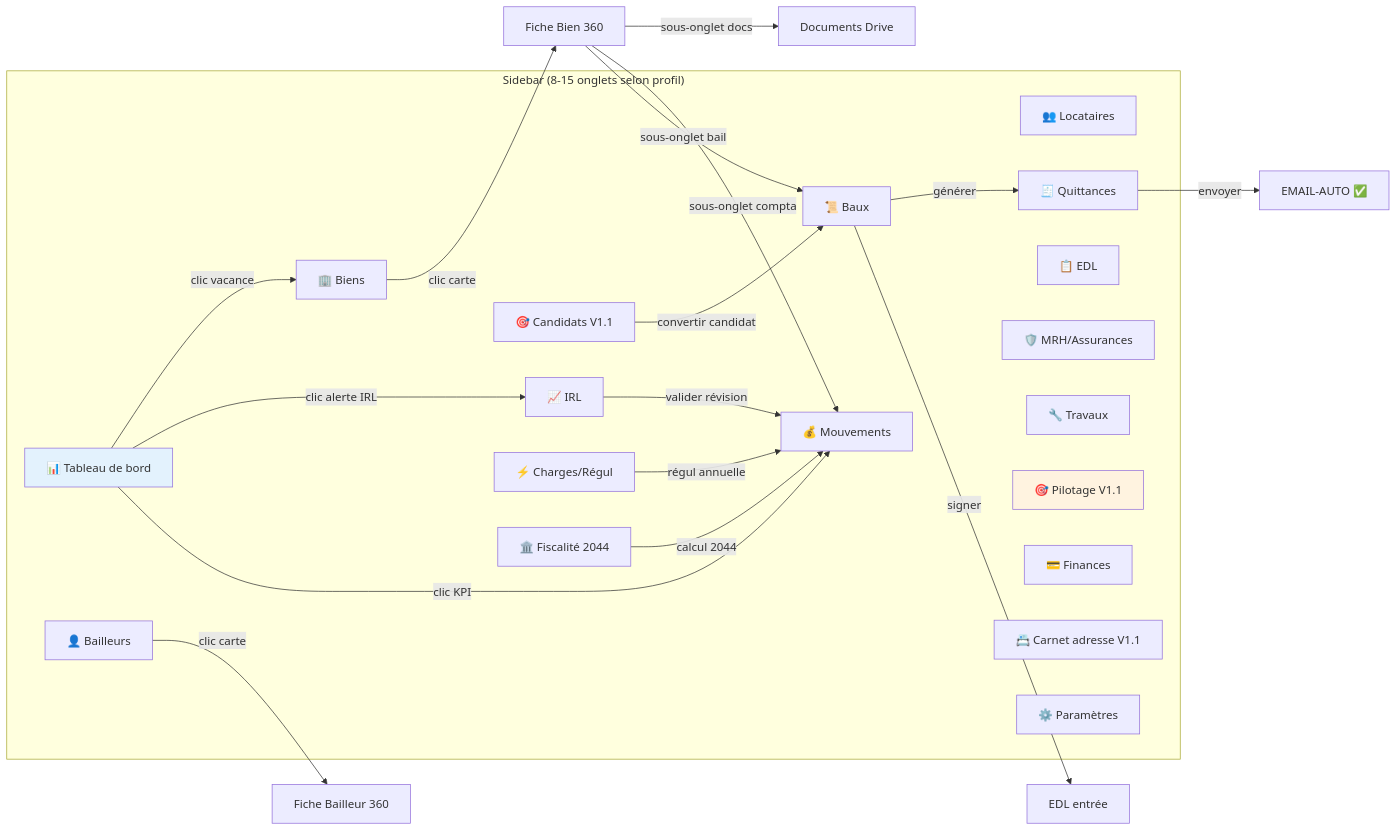
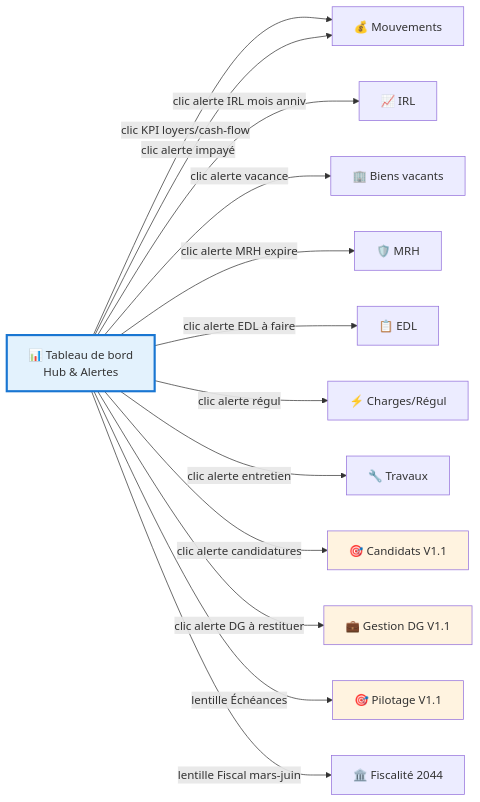
One commit to dkeller-app/immotrack changed the second of 6 diagrams in docs/strategie/ARBORESCENCE-APP.md. Above: the diagram before and after it, drawn with Mermaid. The commit also changed other lines of this file and 1 other file, not shown here.

First line of the commit message:
Pilotage : ARBORESCENCE-APP enrichi 4 diagrammes UX (interactions completes)

````diff
--- a/docs/strategie/ARBORESCENCE-APP.md
+++ b/docs/strategie/ARBORESCENCE-APP.md
@@ -82,42 +86,22 @@
 ```mermaid
 graph LR
-    subgraph "Sidebar (8-15 onglets selon profil)"
-        TB[📊 Tableau de bord]
-        BI[🏢 Biens]
-        BL[👤 Bailleurs]
-        LC[👥 Locataires]
-        CD[🎯 Candidats V1.1]
-        BX[📜 Baux]
-        MV[💰 Mouvements]
-        QT[🧾 Quittances]
-        IR[📈 IRL]
-        ED[📋 EDL]
-        CH[⚡ Charges/Régul]
-        AS[🛡️ MRH/Assurances]
-        TR[🔧 Travaux]
-        PI[🎯 Pilotage V1.1]
-        FI[🏛️ Fiscalité 2044]
-        FN[💳 Finances]
-        CR[📇 Carnet adresse V1.1]
-        PR[⚙️ Paramètres]
-    end
+    TB[📊 Tableau de bord<br/>Hub & Alertes]
 
-    TB -->|"clic KPI"| MV
-    TB -->|"clic alerte IRL"| IR
-    TB -->|"clic vacance"| BI
-    BI -->|"clic carte"| FB[Fiche Bien 360]
-    BL -->|"clic carte"| FE[Fiche Bailleur 360]
-    FB -->|"sous-onglet bail"| BX
-    FB -->|"sous-onglet docs"| DOCS[Documents Drive]
-    FB -->|"sous-onglet compta"| MV
-    BX -->|"signer"| EDC[EDL entrée]
-    BX -->|"générer"| QT
-    QT -->|"envoyer"| EMAIL[EMAIL-AUTO ✅]
-    IR -->|"valider révision"| MV
-    CH -->|"régul annuelle"| MV
-    CD -->|"convertir candidat"| BX
-    FI -->|"calcul 2044"| MV
+    TB -->|"clic KPI loyers/cash-flow"| MV[💰 Mouvements]
+    TB -->|"clic alerte IRL mois anniv"| IR[📈 IRL]
+    TB -->|"clic alerte vacance"| BI[🏢 Biens vacants]
+    TB -->|"clic alerte MRH expire"| AS[🛡️ MRH]
+    TB -->|"clic alerte impayé"| MV
+    TB -->|"clic alerte EDL à faire"| ED[📋 EDL]
+    TB -->|"clic alerte régul"| CH[⚡ Charges/Régul]
+    TB -->|"clic alerte entretien"| TR[🔧 Travaux]
+    TB -->|"clic alerte candidatures"| CD[🎯 Candidats V1.1]
+    TB -->|"clic alerte DG à restituer"| GDG[💼 Gestion DG V1.1]
+    TB -->|"lentille Échéances"| PI[🎯 Pilotage V1.1]
+    TB -->|"lentille Fiscal mars-juin"| FI[🏛️ Fiscalité 2044]
 
-    style TB fill:#e3f2fd
+    style TB fill:#e3f2fd,stroke:#1976d2,stroke-width:3px
     style PI fill:#fff3e0
+    style CD fill:#fff3e0
+    style GDG fill:#fff3e0
 ```
````
